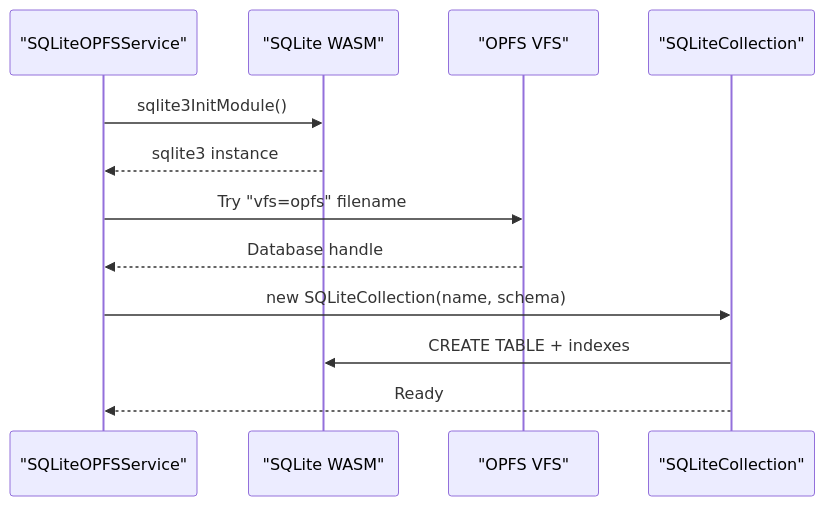
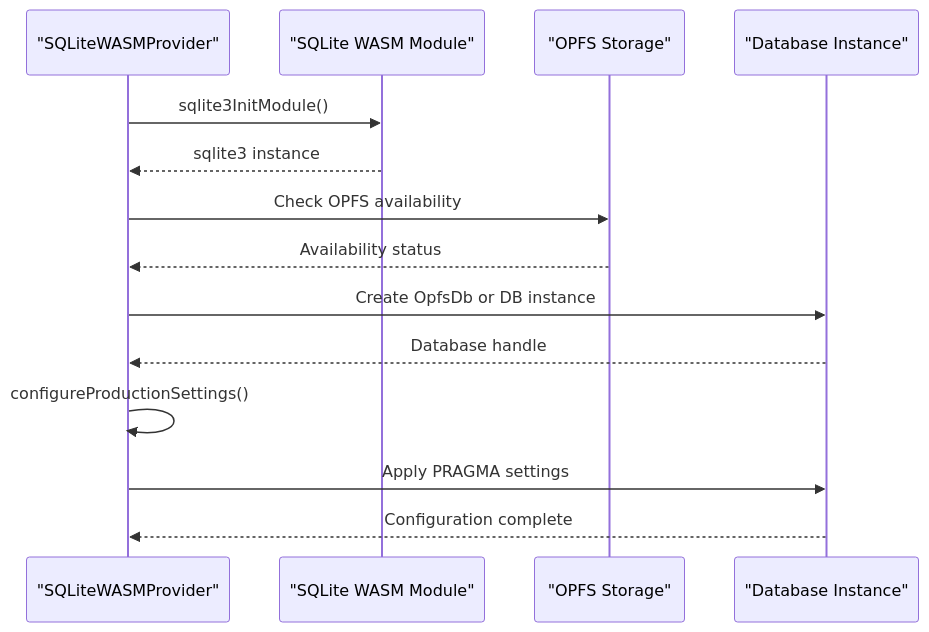
Before and after one commit to geniusdynamics/schoolpilot: the fourth of 7 diagrams in .qoder/repowiki/en/content/Data Layer/Database Providers/SQLite Provider.md, drawn with Mermaid. The commit also changed other lines of this file and 16 other files, not shown here.

````diff
--- a/.qoder/repowiki/en/content/Data Layer/Database Providers/SQLite Provider.md
+++ b/.qoder/repowiki/en/content/Data Layer/Database Providers/SQLite Provider.md
@@ -245,14 +236,16 @@
 ```mermaid
 sequenceDiagram
-participant OPFS as "SQLiteOPFSService"
-participant WASM as "SQLite WASM"
-participant OPFS_VFS as "OPFS VFS"
-participant Coll as "SQLiteCollection"
-OPFS->>WASM : sqlite3InitModule()
-WASM-->>OPFS : sqlite3 instance
-OPFS->>OPFS_VFS : Try "vfs=opfs" filename
-OPFS_VFS-->>OPFS : Database handle
-OPFS->>Coll : new SQLiteCollection(name, schema)
-Coll->>WASM : CREATE TABLE + indexes
-Coll-->>OPFS : Ready
+participant WASM as "SQLiteWASMProvider"
+participant WASM_Module as "SQLite WASM Module"
+participant OPFS as "OPFS Storage"
+participant DB as "Database Instance"
+WASM->>WASM_Module : sqlite3InitModule()
+WASM_Module-->>WASM : sqlite3 instance
+WASM->>OPFS : Check OPFS availability
+OPFS-->>WASM : Availability status
+WASM->>DB : Create OpfsDb or DB instance
+DB-->>WASM : Database handle
+WASM->>WASM : configureProductionSettings()
+WASM->>DB : Apply PRAGMA settings
+DB-->>WASM : Configuration complete
 ```
````
